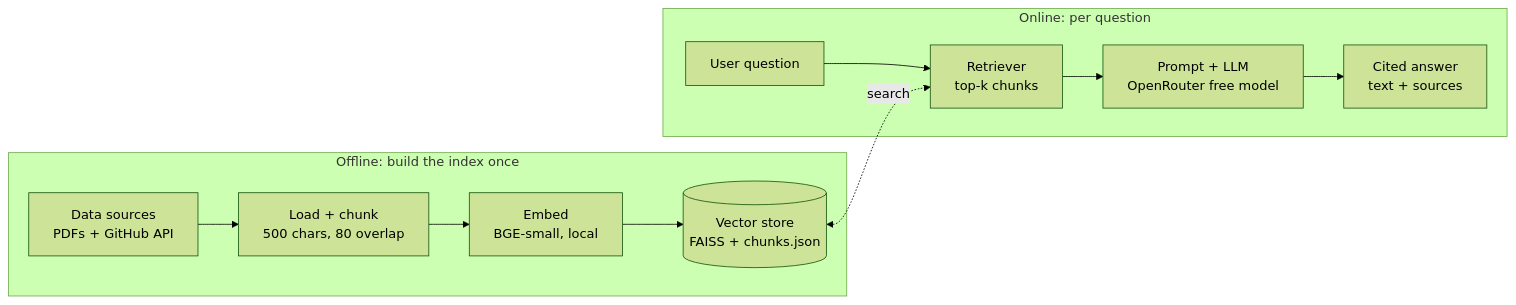
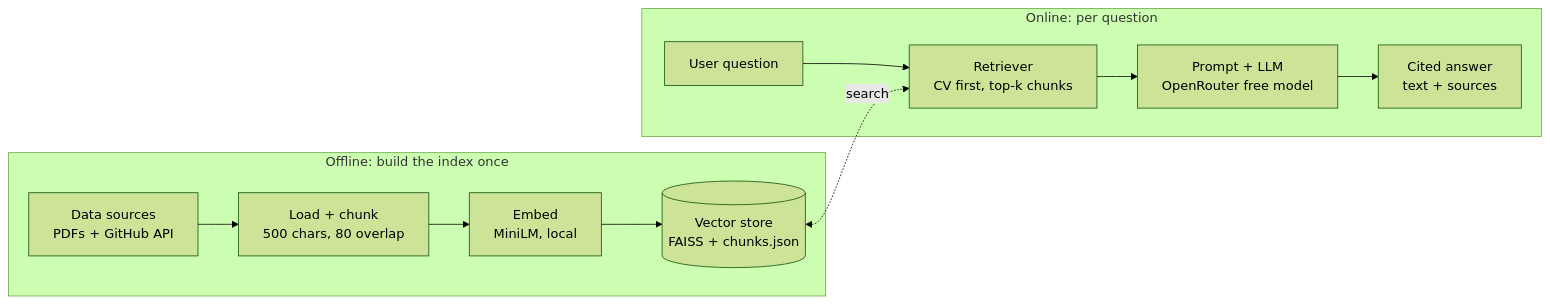
The diagram in README.md (ammar-abdelghany30/MeRAG), drawn with Mermaid (forest theme) before and after one commit. The commit also changed other lines of this file, not shown here.

````diff
--- a/README.md
+++ b/README.md
@@ -9,14 +21,14 @@
 ```mermaid
 flowchart LR
     subgraph Offline["Offline: build the index once"]
         A[Data sources<br/>PDFs + GitHub API] --> B[Load + chunk<br/>500 chars, 80 overlap]
-        B --> C[Embed<br/>BGE-small, local]
+        B --> C[Embed<br/>MiniLM, local]
         C --> D[(Vector store<br/>FAISS + chunks.json)]
     end
     subgraph Online["Online: per question"]
-        E[User question] --> F[Retriever<br/>top-k chunks]
+        E[User question] --> F[Retriever<br/>CV first, top-k chunks]
         D <-.search.-> F
         F --> G[Prompt + LLM<br/>OpenRouter free model]
         G --> H[Cited answer<br/>text + sources]
     end
 ```
````
